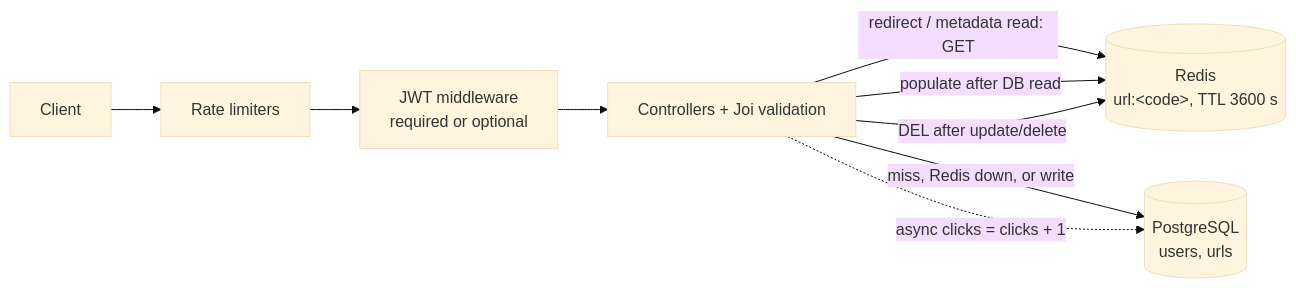
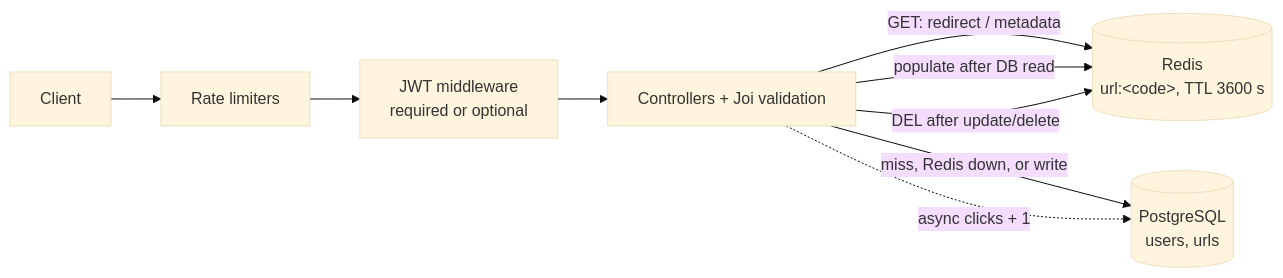
Before and after one commit to ayesha2104/Shrinkr: the diagram in README.md, drawn with Mermaid (base theme). The commit also changed other lines of this file, not shown here.

````diff
--- a/README.md
+++ b/README.md
@@ -60,11 +66,11 @@
 ```mermaid
 flowchart LR
     C[Client] --> RL[Rate limiters]
     RL --> A[JWT middleware<br/>required or optional]
     A --> H[Controllers + Joi validation]
-    H -->|redirect / metadata read: GET| R[(Redis<br/>url:&lt;code&gt;, TTL 3600 s)]
+    H -->|GET: redirect / metadata| R[(Redis<br/>url:&lt;code&gt;, TTL 3600 s)]
     H -->|miss, Redis down, or write| P[(PostgreSQL<br/>users, urls)]
     H -->|populate after DB read| R
     H -->|DEL after update/delete| R
-    H -.->|async clicks = clicks + 1| P
+    H -.->|async clicks + 1| P
 ```
````
